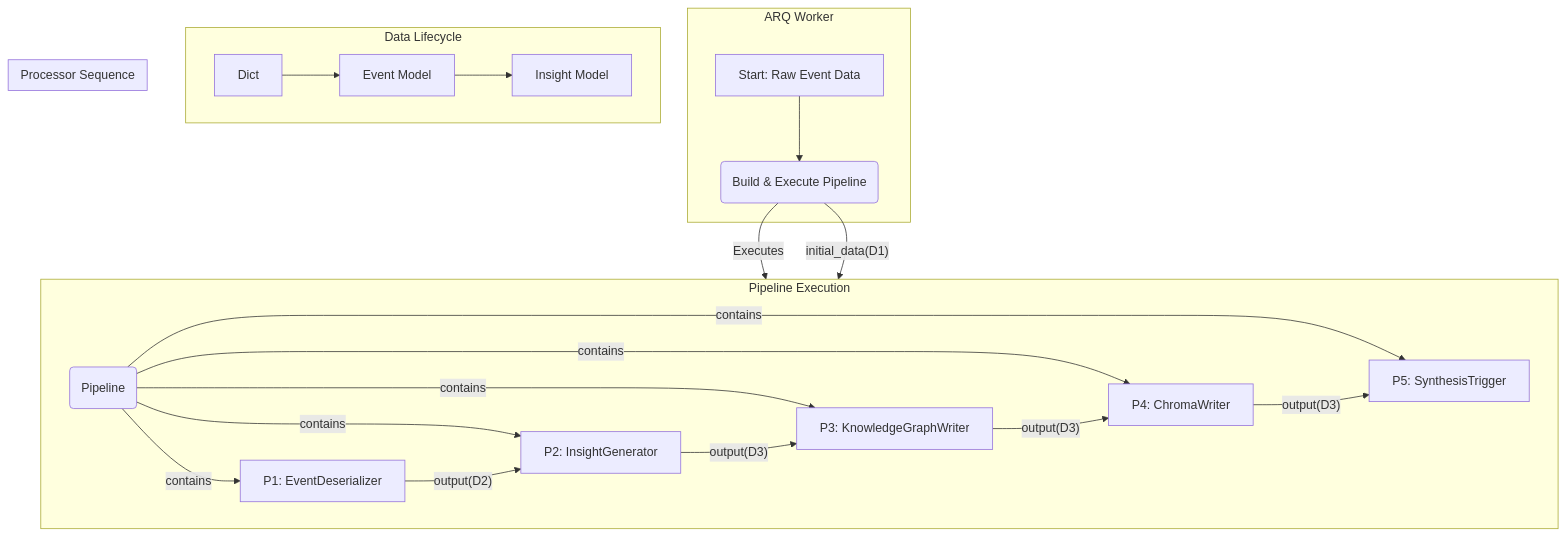
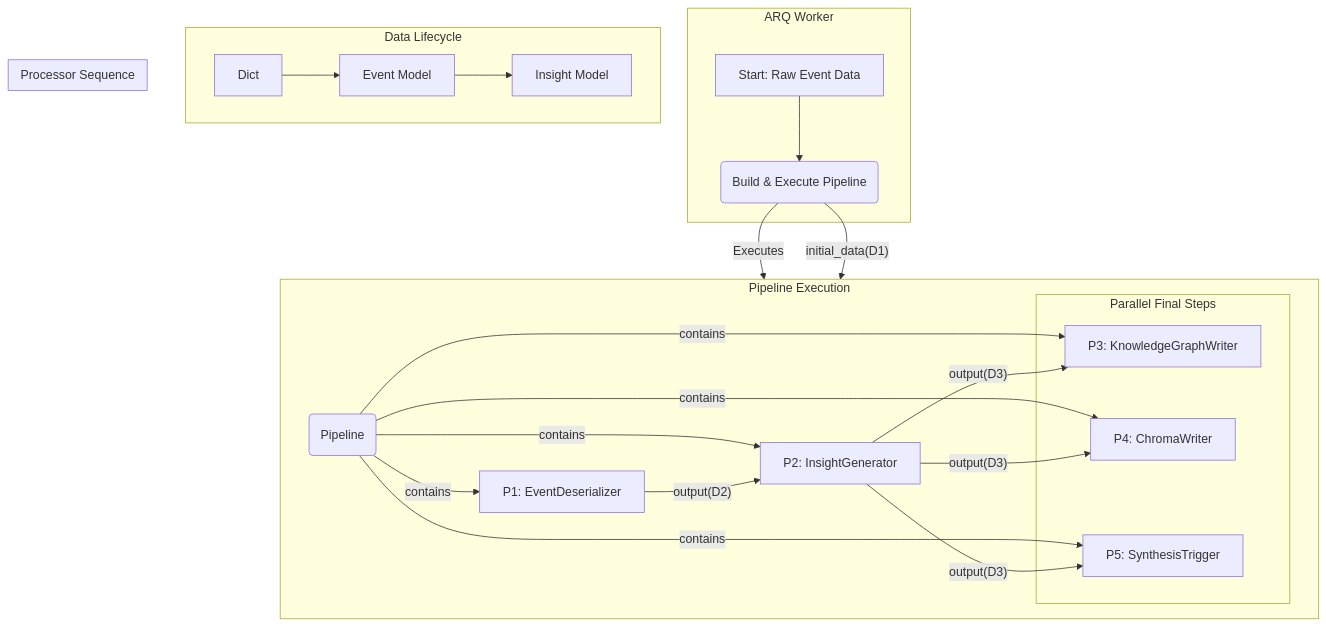
One commit to Itish2003/Cortex_Mentor changed the third of 6 diagrams in docs/architecture.md. Above: the diagram before and after it, drawn with Mermaid. The commit also changed other lines of this file and 10 other files, not shown here.

First line of the commit message:
feat(pipelines): implement parallel processing and knowledge graph traversal

````diff
--- a/docs/architecture.md
+++ b/docs/architecture.md
@@ -187,35 +196,40 @@
 ```mermaid
 graph TD
     subgraph "ARQ Worker"
         A["Start: Raw Event Data"]
         B(Build & Execute Pipeline)
     end
 
     subgraph "Pipeline Execution"
         direction LR
         C(Pipeline) -- contains --> P1[P1: EventDeserializer]
         C -- contains --> P2[P2: InsightGenerator]
-        C -- contains --> P3[P3: KnowledgeGraphWriter]
-        C -- contains --> P4[P4: ChromaWriter]
-        C -- contains --> P5[P5: SynthesisTrigger]
+        subgraph "Parallel Final Steps"
+            P3[P3: KnowledgeGraphWriter]
+            P4[P4: ChromaWriter]
+            P5[P5: SynthesisTrigger]
+        end
+        C -- contains --> P3
+        C -- contains --> P4
+        C -- contains --> P5
     end
 
     %% Data Transformation Flow
     subgraph "Data Lifecycle"
         direction LR
         D1[Dict] --> D2[Event Model] --> D3[Insight Model]
     end
 
     %% Link Execution to Data
     A --> B
     B -- Executes --> C
 
     subgraph "Processor Sequence"
         direction LR
         B -- "initial_data(D1)" --> P1
         P1 -- "output(D2)" --> P2
         P2 -- "output(D3)" --> P3
-        P3 -- "output(D3)" --> P4
-        P4 -- "output(D3)" --> P5
+        P2 -- "output(D3)" --> P4
+        P2 -- "output(D3)" --> P5
     end
 ```
````
